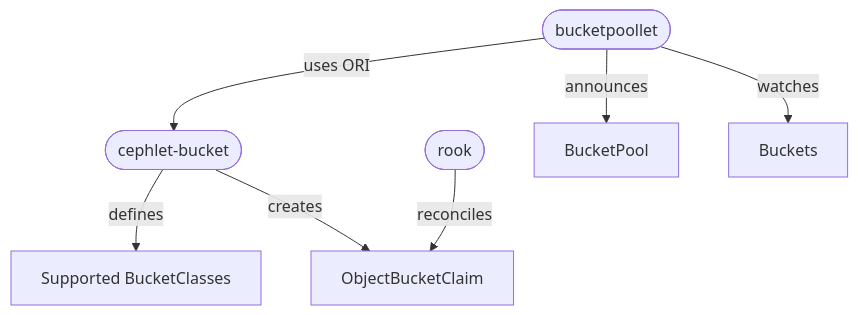
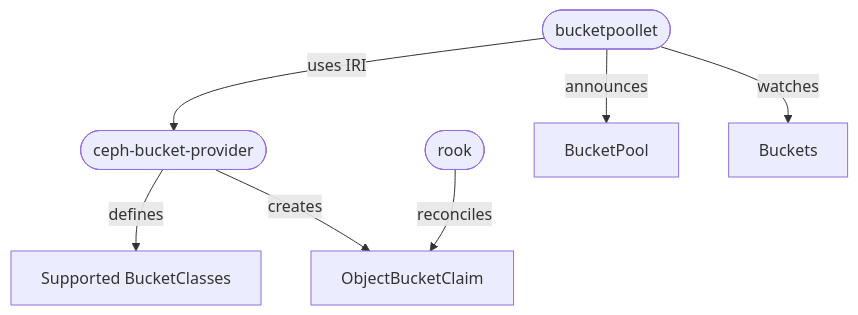
One commit to ironcore-dev/ceph-provider changed the second of 2 diagrams in docs/architecture/README.md. Above: the diagram before and after it, drawn with Mermaid. The commit also changed other lines of this file and 168 other files, not shown here.

````diff
--- a/docs/architecture/README.md
+++ b/docs/architecture/README.md
@@ -38,15 +38,15 @@
 ```mermaid
 graph TD
-    C([cephlet-bucket])
+    C([ceph-bucket-provider])
     P([bucketpoollet])
     R([rook])
     
     P -- announces --> BP[BucketPool]
     P -- watches --> B[Buckets]
     
-    P -- uses ORI --> C
+    P -- uses IRI --> C
     
     C -- defines --> VC[Supported BucketClasses]
     C -- creates --> OBC[ObjectBucketClaim]
     R -- reconciles --> OBC
 ```
````
